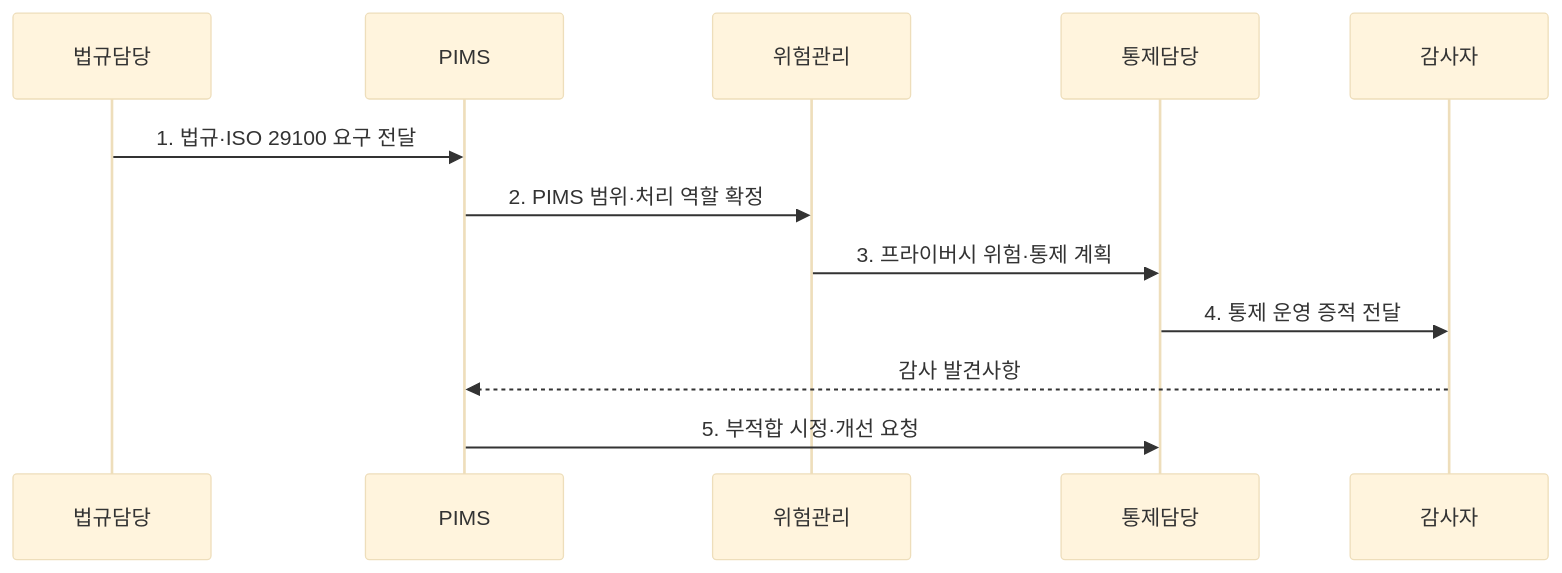
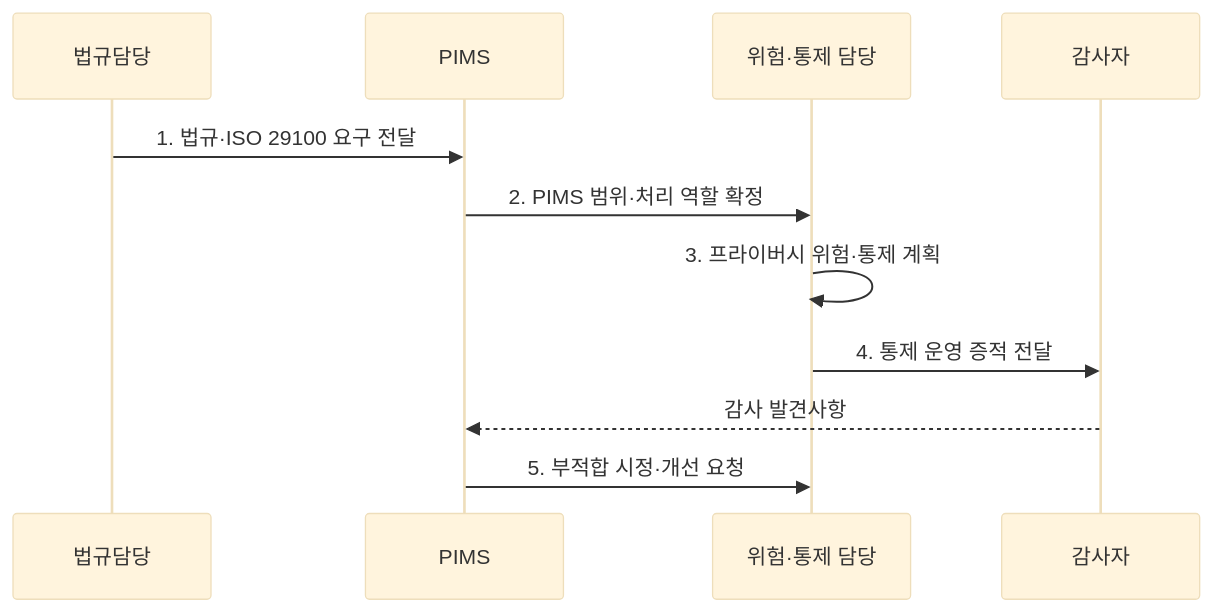
The second of 2 diagrams in src/content/docs/notes/05-security/101_iso_29100_iso_27701.md (agnusdei1207/knowledge-base), drawn with Mermaid (base theme) before and after one commit. The commit also changed 9 other files, not shown here.

Commit message:
Streamline privacy governance sequences

````diff
--- a/src/content/docs/notes/05-security/101_iso_29100_iso_27701.md
+++ b/src/content/docs/notes/05-security/101_iso_29100_iso_27701.md
@@ -98,14 +98,13 @@
 ```mermaid
 sequenceDiagram
   participant L as 법규담당
   participant P as PIMS
-  participant R as 위험관리
-  participant C as 통제담당
+  participant C as 위험·통제 담당
   participant A as 감사자
   L->>P: 1. 법규·ISO 29100 요구 전달
-  P->>R: 2. PIMS 범위·처리 역할 확정
-  R->>C: 3. 프라이버시 위험·통제 계획
+  P->>C: 2. PIMS 범위·처리 역할 확정
+  C->>C: 3. 프라이버시 위험·통제 계획
   C->>A: 4. 통제 운영 증적 전달
   A-->>P: 감사 발견사항
   P->>C: 5. 부적합 시정·개선 요청
 ```
````
